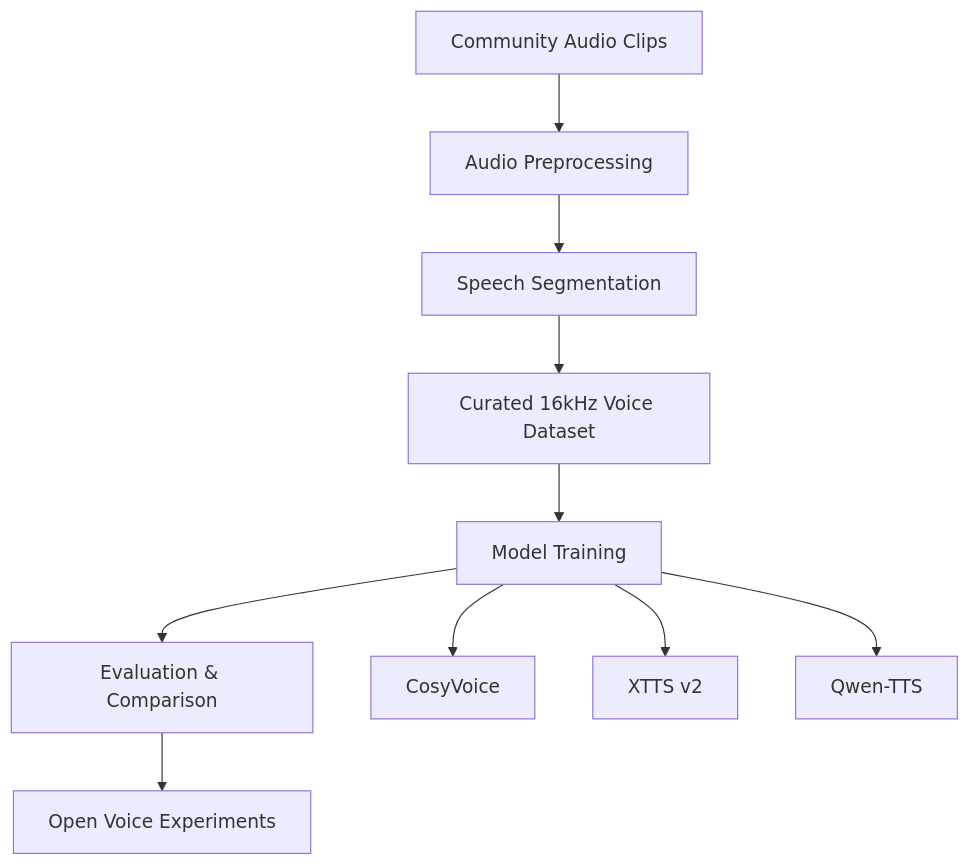
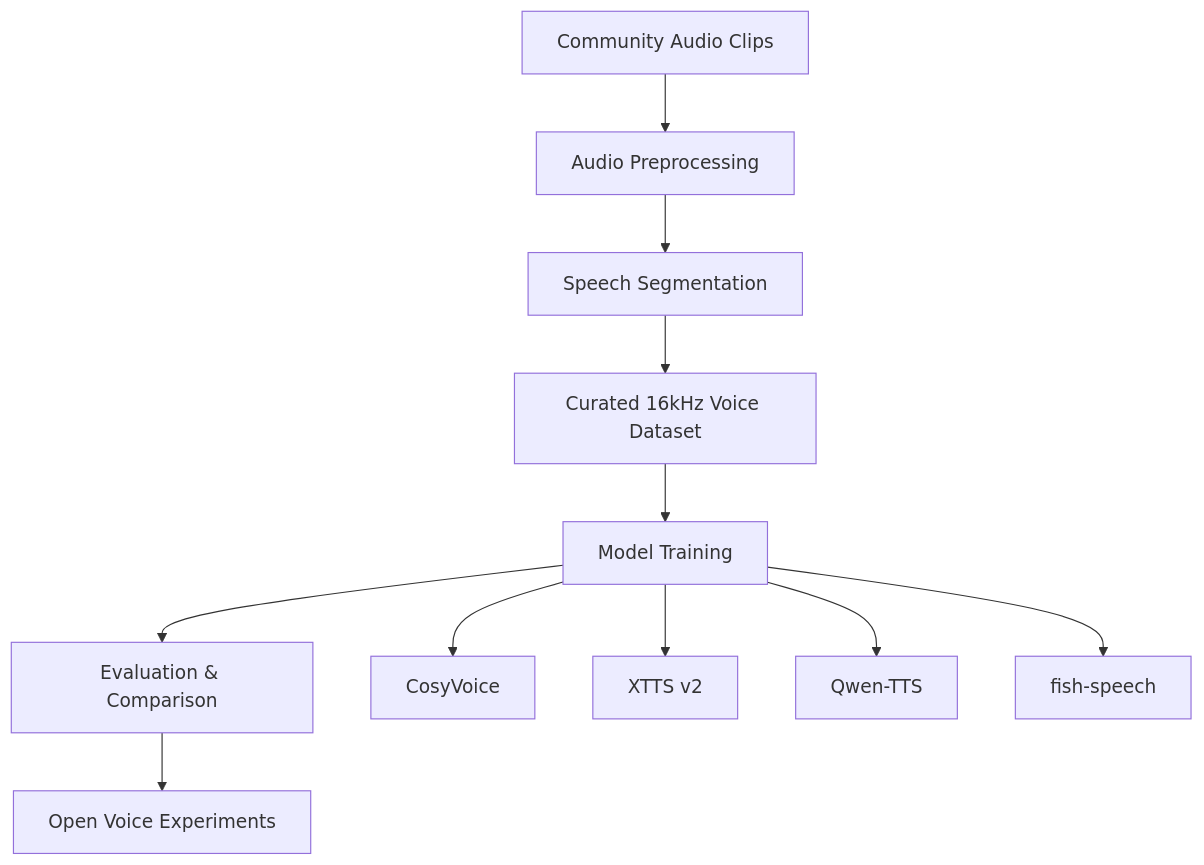
The diagram in README.md (engineerx87/ani-voice-rebuild), drawn with Mermaid before and after one commit.

````diff
--- a/README.md
+++ b/README.md
@@ -21,22 +21,23 @@
 ```mermaid
 flowchart TD
 
 A[Community Audio Clips]
 B[Audio Preprocessing]
 C[Speech Segmentation]
 D[Curated 16kHz Voice Dataset]
 E[Model Training]
 F[Evaluation & Comparison]
 G[Open Voice Experiments]
 
 A --> B
 B --> C
 C --> D
 D --> E
 E --> F
 F --> G
 
 E --> H[CosyVoice]
 E --> I[XTTS v2]
 E --> J[Qwen-TTS]
+E --> K[fish-speech]
 ```
````
